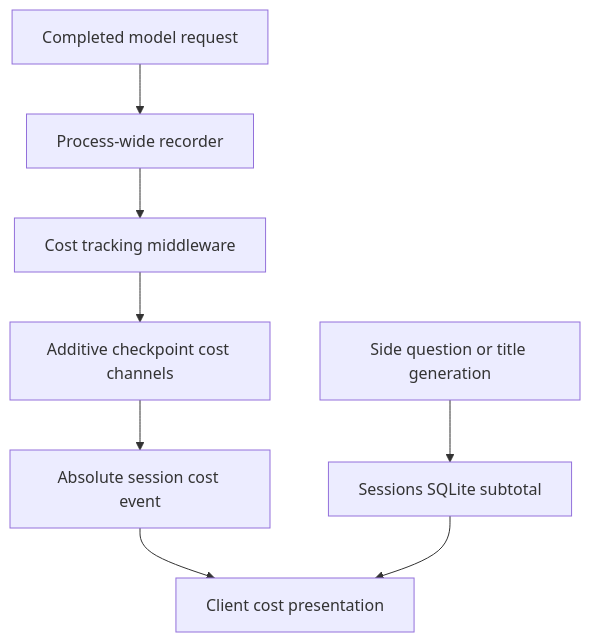
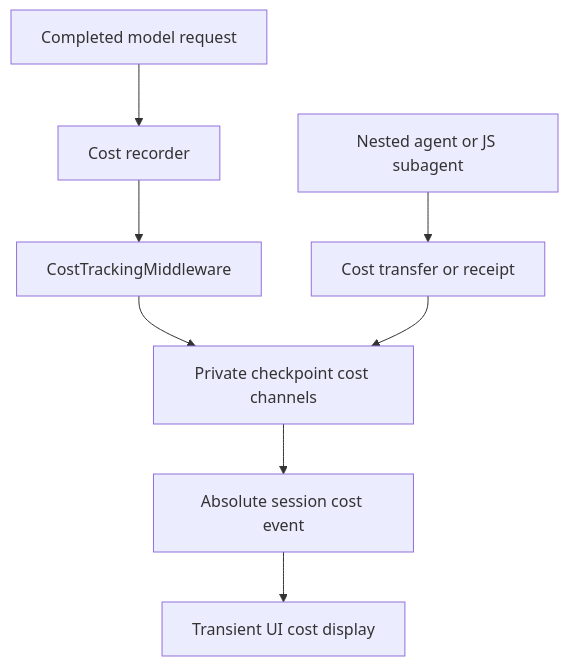
The first of 2 diagrams in openwiki/operations/cost-and-sessions.md (langchain-ai/deepagents), drawn with Mermaid before and after one commit. The commit also changed other lines of this file and 53 other files, not shown here.

````diff
--- a/openwiki/operations/cost-and-sessions.md
+++ b/openwiki/operations/cost-and-sessions.md
@@ -51,10 +47,10 @@
 ```mermaid
 flowchart TD
-    Call["Completed model request"] --> Recorder["Process-wide recorder"]
-    Recorder --> Middleware["Cost tracking middleware"]
-    Middleware --> Graph["Additive checkpoint cost channels"]
-    Side["Side question or title generation"] --> SideStore["Sessions SQLite subtotal"]
-    Graph --> Event["Absolute session cost event"]
-    Event --> Display["Client cost presentation"]
-    SideStore --> Display
+    Model["Completed model request"] --> Recorder["Cost recorder"]
+    Recorder --> Middleware["CostTrackingMiddleware"]
+    Middleware --> Durable["Private checkpoint cost channels"]
+    Nested["Nested agent or JS subagent"] --> Transfer["Cost transfer or receipt"]
+    Transfer --> Durable
+    Durable --> Event["Absolute session cost event"]
+    Event --> UI["Transient UI cost display"]
 ```
````
